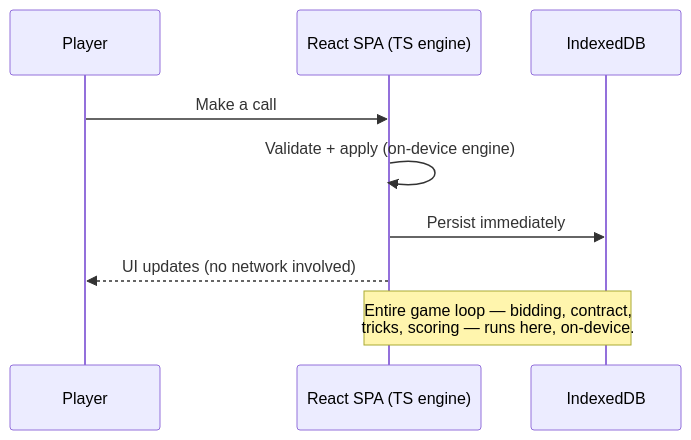
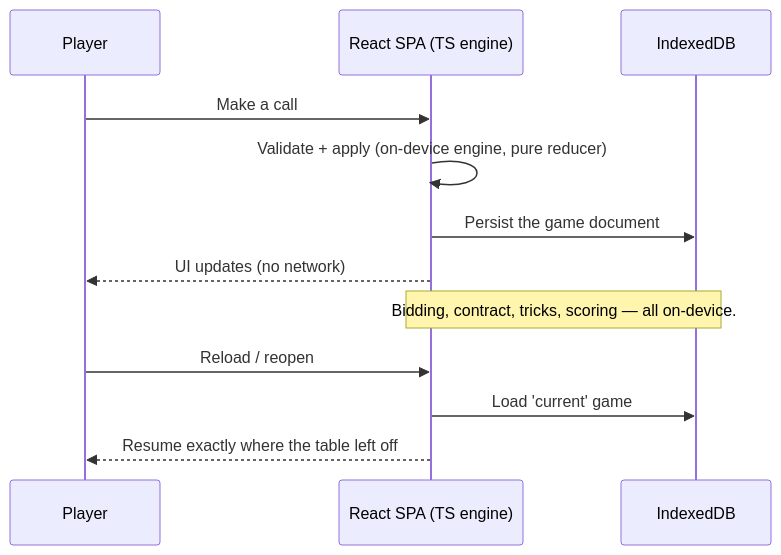
Diagram 11 of 14 in docs/ARCHITECTURE.md (levijsbris/Bidding-Box), drawn with Mermaid before and after one commit. The commit also changed other lines of this file and 4 other files, not shown here.

First line of the commit message:
Revise architecture docs to as-built; refresh C4 + cloud diagrams

````diff
--- a/docs/ARCHITECTURE.md
+++ b/docs/ARCHITECTURE.md
@@ -408,12 +428,15 @@
 ```mermaid
 sequenceDiagram
     participant U as Player
     participant SPA as React SPA (TS engine)
     participant IDB as IndexedDB
 
     U->>SPA: Make a call
-    SPA->>SPA: Validate + apply (on-device engine)
-    SPA->>IDB: Persist immediately
-    SPA-->>U: UI updates (no network involved)
-    Note over SPA,IDB: Entire game loop — bidding, contract,<br/>tricks, scoring — runs here, on-device.
+    SPA->>SPA: Validate + apply (on-device engine, pure reducer)
+    SPA->>IDB: Persist the game document
+    SPA-->>U: UI updates (no network)
+    Note over SPA,IDB: Bidding, contract, tricks, scoring — all on-device.
+    U->>SPA: Reload / reopen
+    SPA->>IDB: Load 'current' game
+    SPA-->>U: Resume exactly where the table left off
 ```
````
